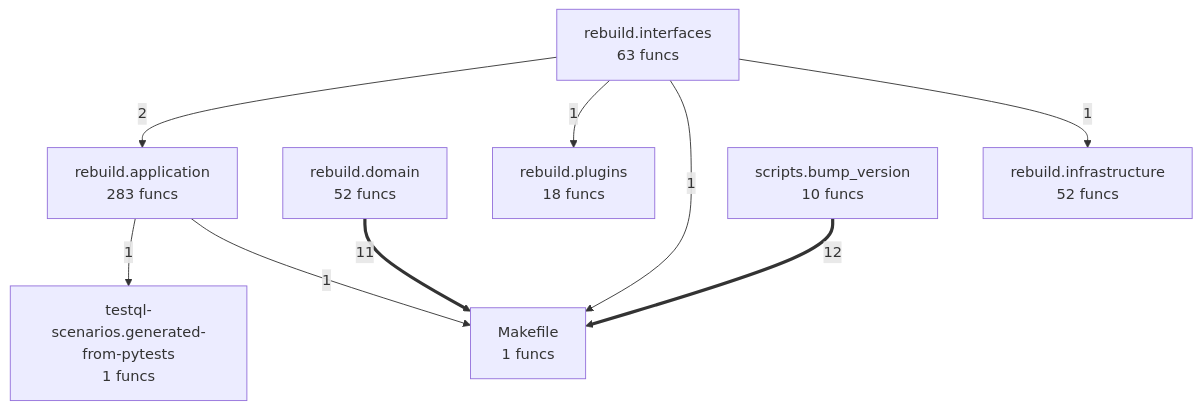
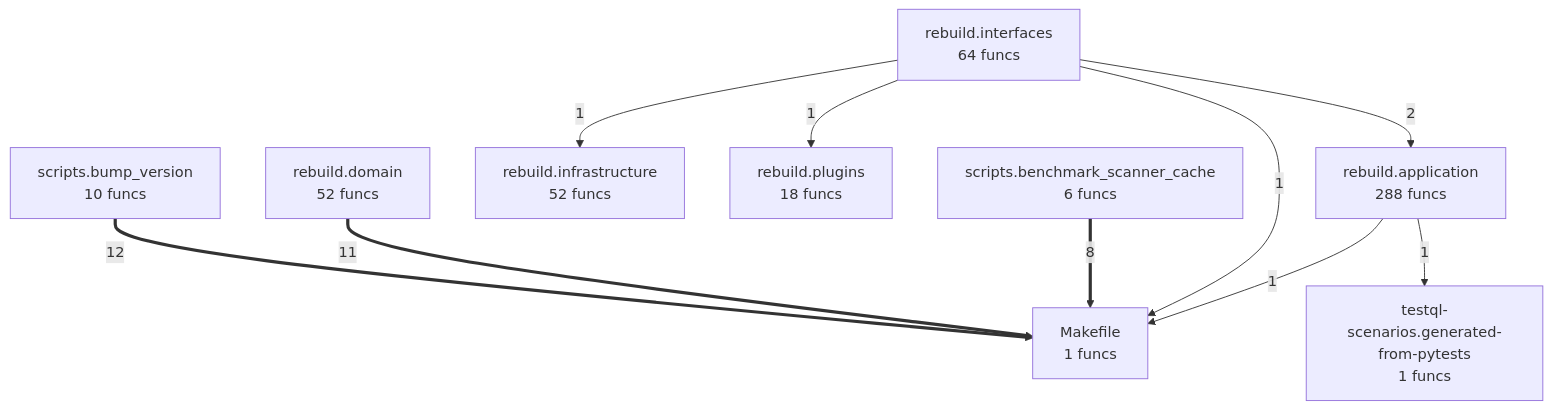
One commit to semcod/resplit changed the diagram in project/compact_flow.mmd. Above: the diagram before and after it, drawn with Mermaid. The commit also changed 31 other files, not shown here.

```diff
--- a/project/compact_flow.mmd
+++ b/project/compact_flow.mmd
@@ -1,18 +1,20 @@
 flowchart TD
 %% generated in 0.01s
     Makefile["Makefile<br/>1 funcs"]
-    rebuild__application["rebuild.application<br/>283 funcs"]
+    rebuild__application["rebuild.application<br/>288 funcs"]
     rebuild__domain["rebuild.domain<br/>52 funcs"]
     rebuild__infrastructure["rebuild.infrastructure<br/>52 funcs"]
-    rebuild__interfaces["rebuild.interfaces<br/>63 funcs"]
+    rebuild__interfaces["rebuild.interfaces<br/>64 funcs"]
     rebuild__plugins["rebuild.plugins<br/>18 funcs"]
+    scripts__benchmark_scanner_cache["scripts.benchmark_scanner_cache<br/>6 funcs"]
     scripts__bump_version["scripts.bump_version<br/>10 funcs"]
     testql_scenarios__generated_from_pytests["testql-scenarios.generated-from-pytests<br/>1 funcs"]
     scripts__bump_version ==>|12| Makefile
     rebuild__domain ==>|11| Makefile
+    scripts__benchmark_scanner_cache ==>|8| Makefile
     rebuild__interfaces -->|2| rebuild__application
-    rebuild__application -->|1| testql_scenarios__generated_from_pytests
-    rebuild__application -->|1| Makefile
-    rebuild__interfaces -->|1| rebuild__plugins
     rebuild__interfaces -->|1| Makefile
     rebuild__interfaces -->|1| rebuild__infrastructure
+    rebuild__interfaces -->|1| rebuild__plugins
+    rebuild__application -->|1| Makefile
+    rebuild__application -->|1| testql_scenarios__generated_from_pytests
```
